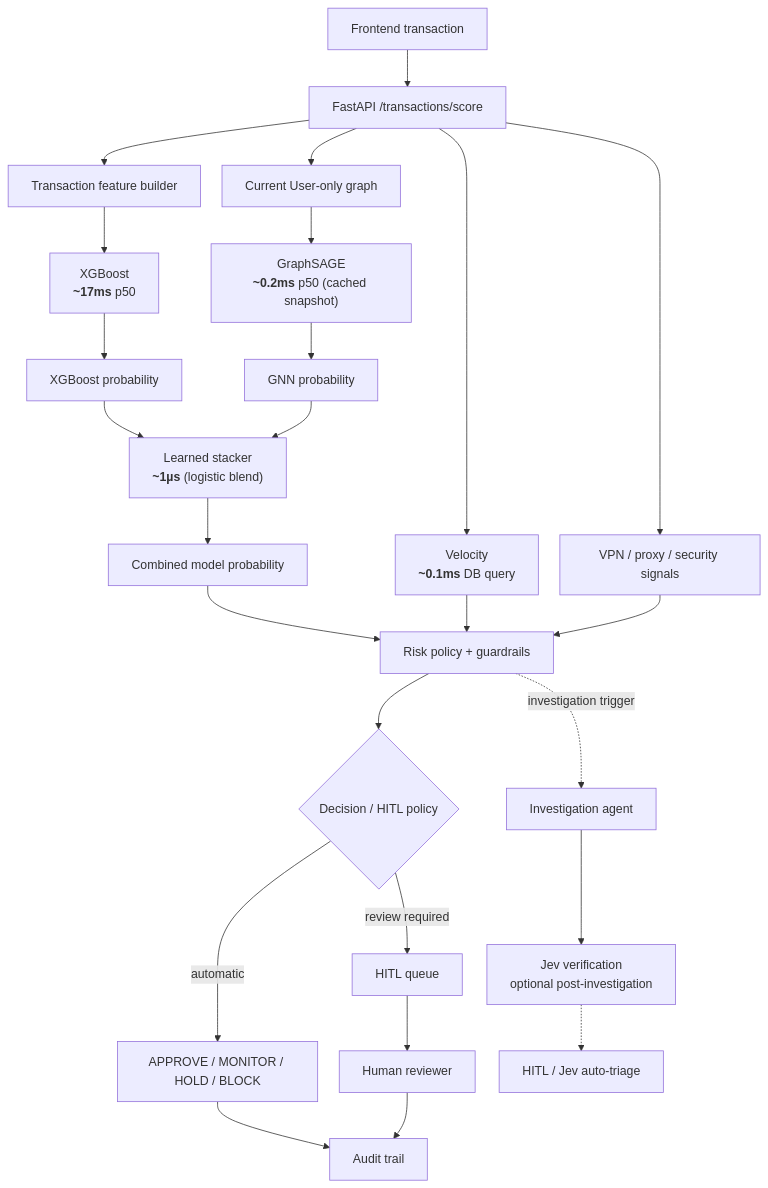
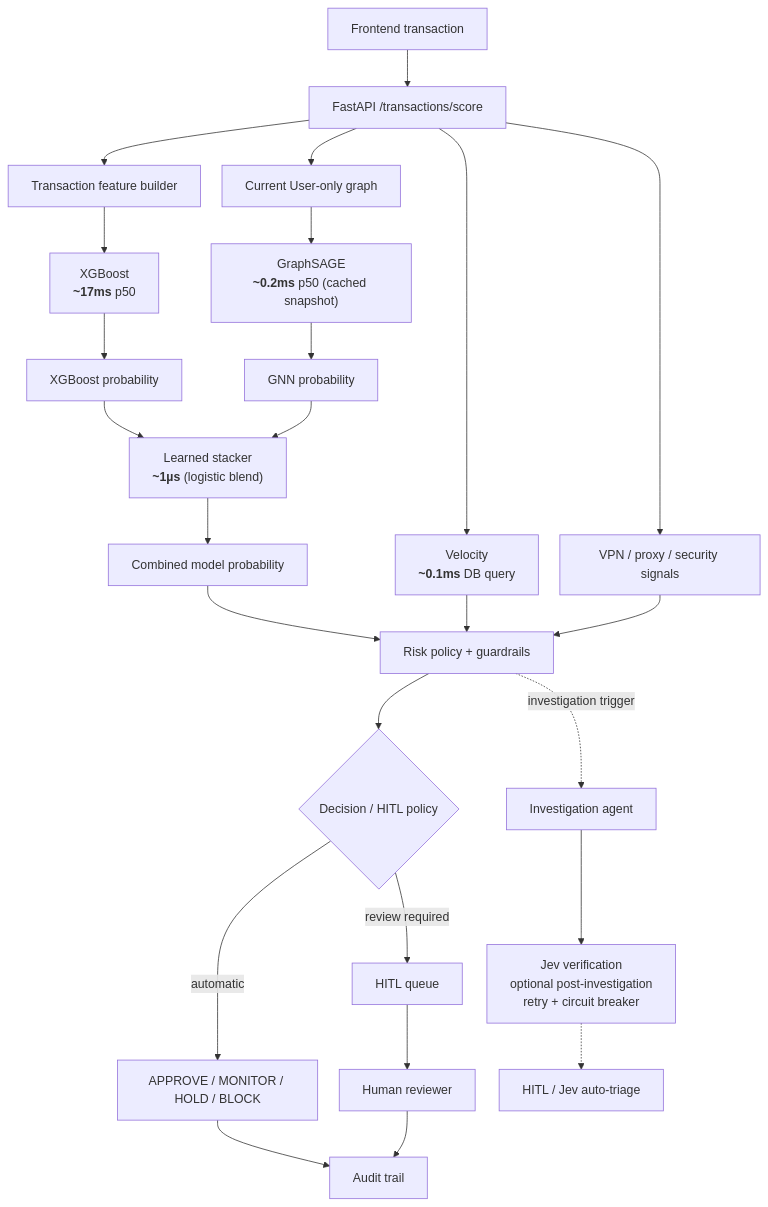
Before and after one commit to Dikshu015/RazorRisk-Agentic-AI-Payment-Fraud-Risk-Investigation-Platform: the diagram in docs/diagrams/live-inference.mmd, drawn with Mermaid.

Commit message:
Update live inference diagram with Jev resilience

```diff
--- a/docs/diagrams/live-inference.mmd
+++ b/docs/diagrams/live-inference.mmd
@@ -1,29 +1,29 @@
 %%{init: {'flowchart': {'nodeSpacing': 28, 'rankSpacing': 48}}}%%
 flowchart TB
     TX[Frontend transaction] --> API[FastAPI /transactions/score]
     API --> TABF[Transaction feature builder]
     API --> GRAPHF[Current User-only graph]
     TABF --> XGB["XGBoost<br/><b>~17ms</b> p50"]
     GRAPHF --> GNN["GraphSAGE<br/><b>~0.2ms</b> p50 (cached snapshot)"]
     XGB --> XS[XGBoost probability]
     GNN --> GS[GNN probability]
     XS --> STACK["Learned stacker<br/><b>~1µs</b> (logistic blend)"]
     GS --> STACK
     STACK --> CAL[Combined model probability]
     API --> VEL["Velocity<br/><b>~0.1ms</b> DB query"]
     API --> SEC[VPN / proxy / security signals]
     CAL --> POL[Risk policy + guardrails]
     VEL --> POL
     SEC --> POL
     POL --> DEC{Decision / HITL policy}
     DEC -->|automatic| OUT[APPROVE / MONITOR / HOLD / BLOCK]
     DEC -->|review required| HITL[HITL queue]
     HITL --> REV[Human reviewer]
     OUT --> AUD[Audit trail]
     REV --> AUD
 
     %% Jev is intentionally outside the scoring hot path:
     %% it runs only after an investigation is requested.
     POL -.->|investigation trigger| INV[Investigation agent]
-    INV --> JEV[Jev verification<br/>optional post-investigation]
+    INV --> JEV[Jev verification<br/>optional post-investigation<br/>retry + circuit breaker]
     JEV -.-> HITL2[HITL / Jev auto-triage]
```
